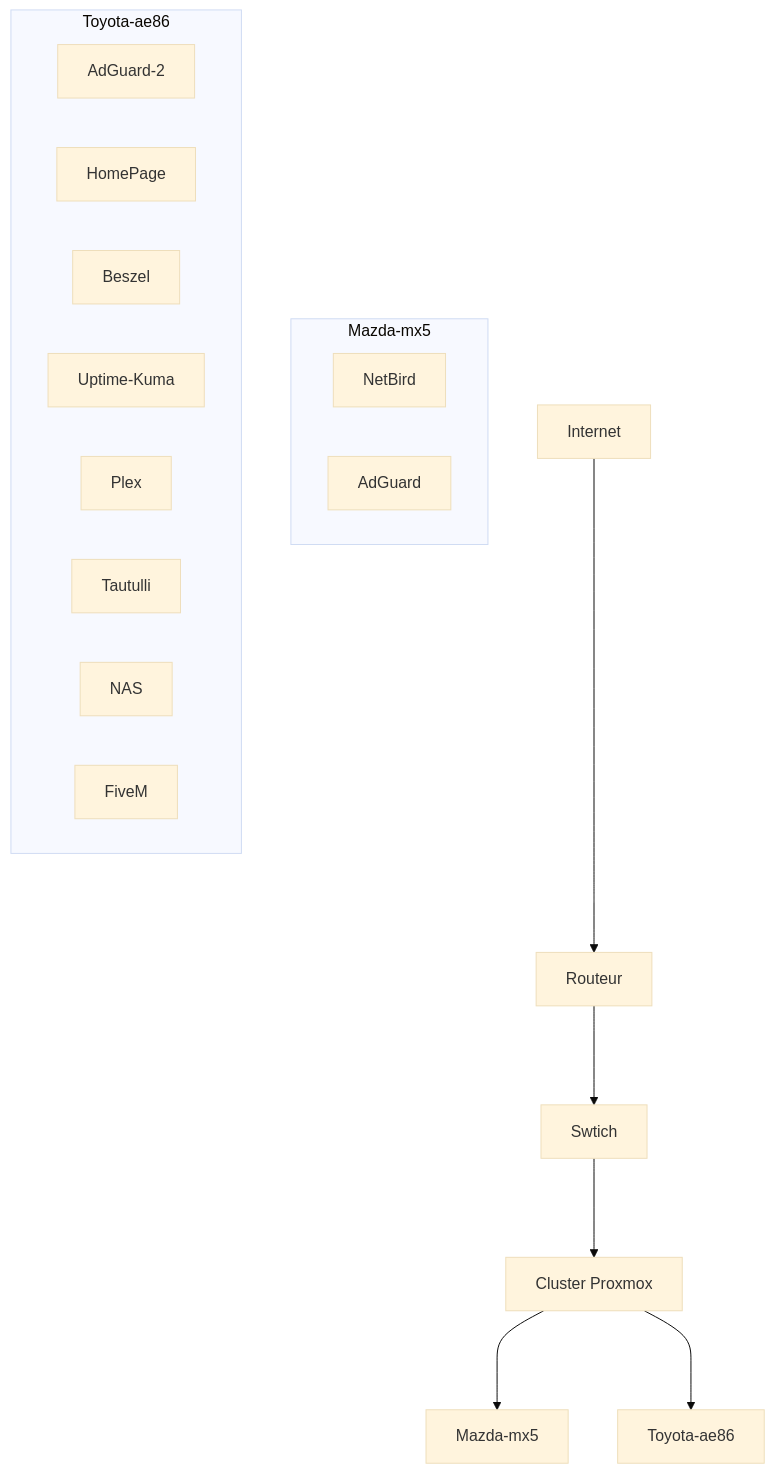
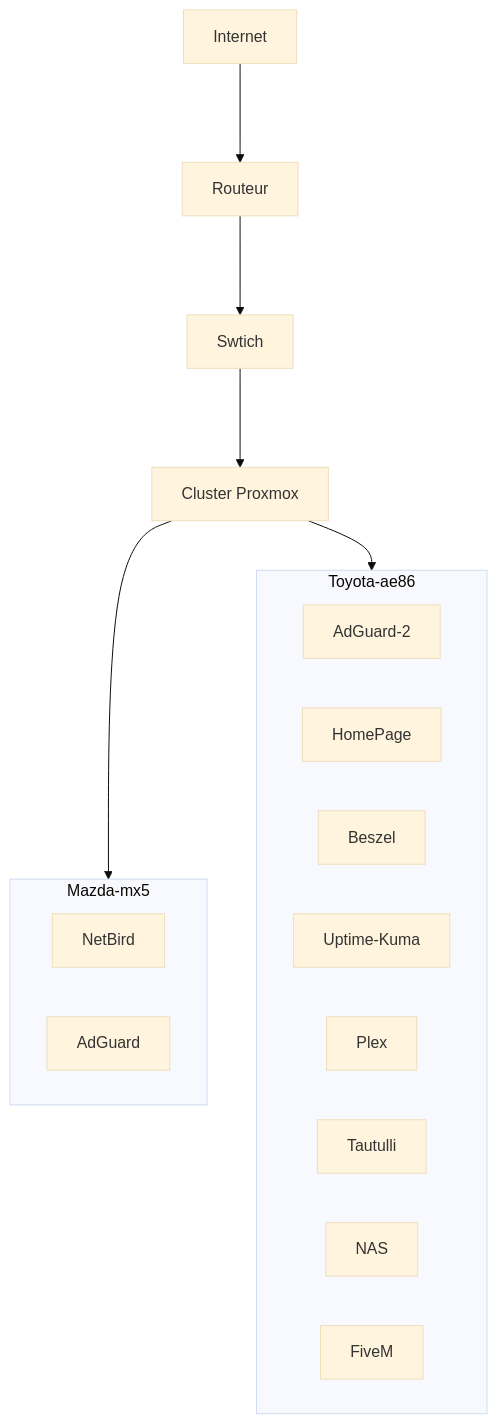
The diagram in README.md (snoyy-i/snoyy-i), drawn with Mermaid (base theme) before and after one commit.

````diff
--- a/README.md
+++ b/README.md
@@ -2,31 +2,29 @@
 ```mermaid
 graph TD
      A[Internet]
      B[Routeur]
      C[Swtich]
      D[Cluster Proxmox]
-     E[Mazda-mx5]
-     F[Toyota-ae86]
 
 subgraph Mazda-mx5
      G[NetBird]
      H[AdGuard]
 end
 
 subgraph Toyota-ae86
      I[AdGuard-2]
      J[HomePage]
      K[Beszel]
      L[Uptime-Kuma]
      M[Plex]
      N[Tautulli]
      O[NAS]
      P[FiveM]
 end
 
      A--->B
      B--->C
      C--->D
-     D--->E
-     D--->F
+     D --> Mazda-mx5
+     D --> Toyota-ae86
 ```
````
